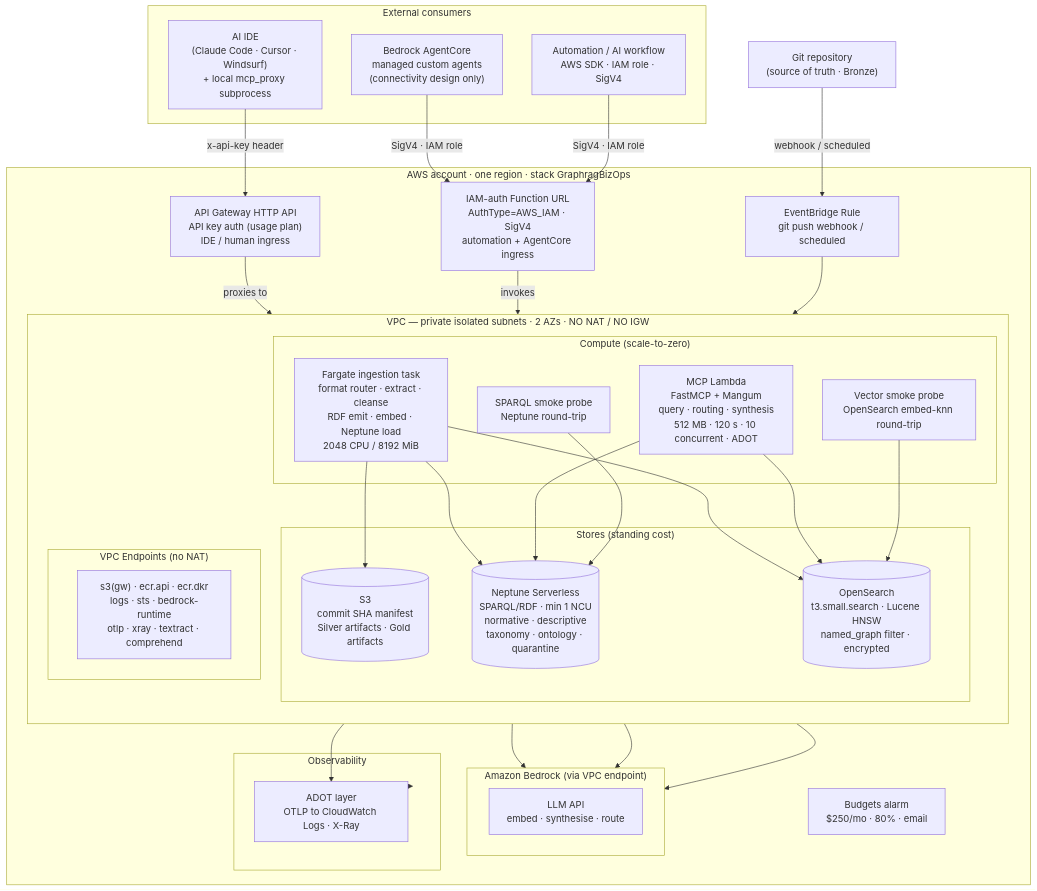
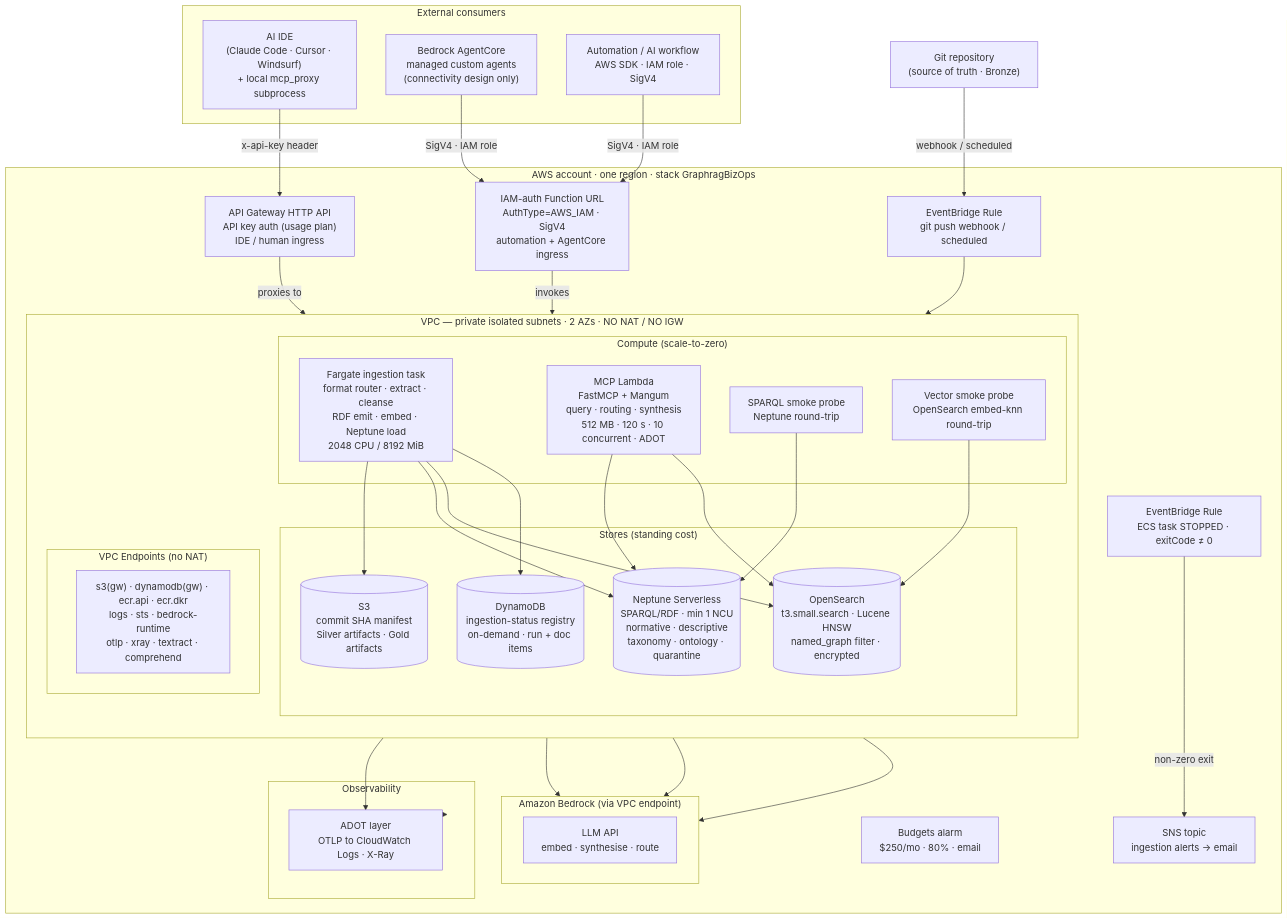
One commit to eugenelim/graphrag-aws-template changed the fifth of 5 diagrams in docs/architecture/biz-ops-knowledge-graph/design.md. Above: the diagram before and after it, drawn with Mermaid. The commit also changed other lines of this file and 5 other files, not shown here.

````diff
--- a/docs/architecture/biz-ops-knowledge-graph/design.md
+++ b/docs/architecture/biz-ops-knowledge-graph/design.md
@@ -796,70 +841,75 @@
 ```mermaid
 flowchart TB
     subgraph Consumers["External consumers"]
         IDE["AI IDE<br/>(Claude Code · Cursor · Windsurf)<br/>+ local mcp_proxy subprocess"]
         AGC["Bedrock AgentCore<br/>managed custom agents<br/>(connectivity design only)"]
         AUTO["Automation / AI workflow<br/>AWS SDK · IAM role · SigV4"]
     end
 
     subgraph AWS["AWS account · one region · stack GraphragBizOps"]
         APIGW["API Gateway HTTP API<br/>API key auth (usage plan)<br/>IDE / human ingress"]
         FU["IAM-auth Function URL<br/>AuthType=AWS_IAM · SigV4<br/>automation + AgentCore ingress"]
         BUD["Budgets alarm<br/>$250/mo · 80% · email"]
         EB["EventBridge Rule<br/>git push webhook / scheduled"]
+        EBF["EventBridge Rule<br/>ECS task STOPPED · exitCode ≠ 0"]
+        SNS["SNS topic<br/>ingestion alerts → email"]
 
         subgraph VPC["VPC — private isolated subnets · 2 AZs · NO NAT / NO IGW"]
             direction TB
 
             subgraph Compute["Compute (scale-to-zero)"]
                 ML["MCP Lambda<br/>FastMCP + Mangum<br/>query · routing · synthesis<br/>512 MB · 120 s · 10 concurrent · ADOT"]
                 ING["Fargate ingestion task<br/>format router · extract · cleanse<br/>RDF emit · embed · Neptune load<br/>2048 CPU / 8192 MiB"]
                 SP["SPARQL smoke probe<br/>Neptune round-trip"]
                 VP["Vector smoke probe<br/>OpenSearch embed-knn round-trip"]
             end
 
             subgraph Stores["Stores (standing cost)"]
                 NEP[("Neptune Serverless<br/>SPARQL/RDF · min 1 NCU<br/>normative · descriptive<br/>taxonomy · ontology · quarantine")]
                 OS[("OpenSearch<br/>t3.small.search · Lucene HNSW<br/>named_graph filter · encrypted")]
                 S3[("S3<br/>commit SHA manifest<br/>Silver artifacts · Gold artifacts")]
+                DDB[("DynamoDB<br/>ingestion-status registry<br/>on-demand · run + doc items")]
             end
 
             subgraph Endpoints["VPC Endpoints (no NAT)"]
-                EPS["s3(gw) · ecr.api · ecr.dkr<br/>logs · sts · bedrock-runtime<br/>otlp · xray · textract · comprehend"]
+                EPS["s3(gw) · dynamodb(gw) · ecr.api · ecr.dkr<br/>logs · sts · bedrock-runtime<br/>otlp · xray · textract · comprehend"]
             end
         end
 
         subgraph LLM["Amazon Bedrock (via VPC endpoint)"]
             BD["LLM API<br/>embed · synthesise · route"]
         end
 
         subgraph Obs["Observability"]
             ADOT["ADOT layer<br/>OTLP to CloudWatch Logs · X-Ray"]
         end
     end
 
     Git["Git repository<br/>(source of truth · Bronze)"]
 
     IDE -->|"x-api-key header"| APIGW
     AGC -->|"SigV4 · IAM role"| FU
     AUTO -->|"SigV4 · IAM role"| FU
 
     APIGW -->|"proxies to"| ML
     FU -->|"invokes"| ML
 
     Git -->|"webhook / scheduled"| EB
     EB --> ING
     ING --> S3
     ING --> NEP
     ING --> OS
     ING --> LLM
+    ING --> DDB
+    EBF -->|"non-zero exit"| SNS
 
     ML --> NEP
     ML --> OS
     ML --> LLM
     ML --> ADOT
     ADOT --> Obs
 
     SP --> NEP
     VP --> OS
     VP --> LLM
 ```
````
